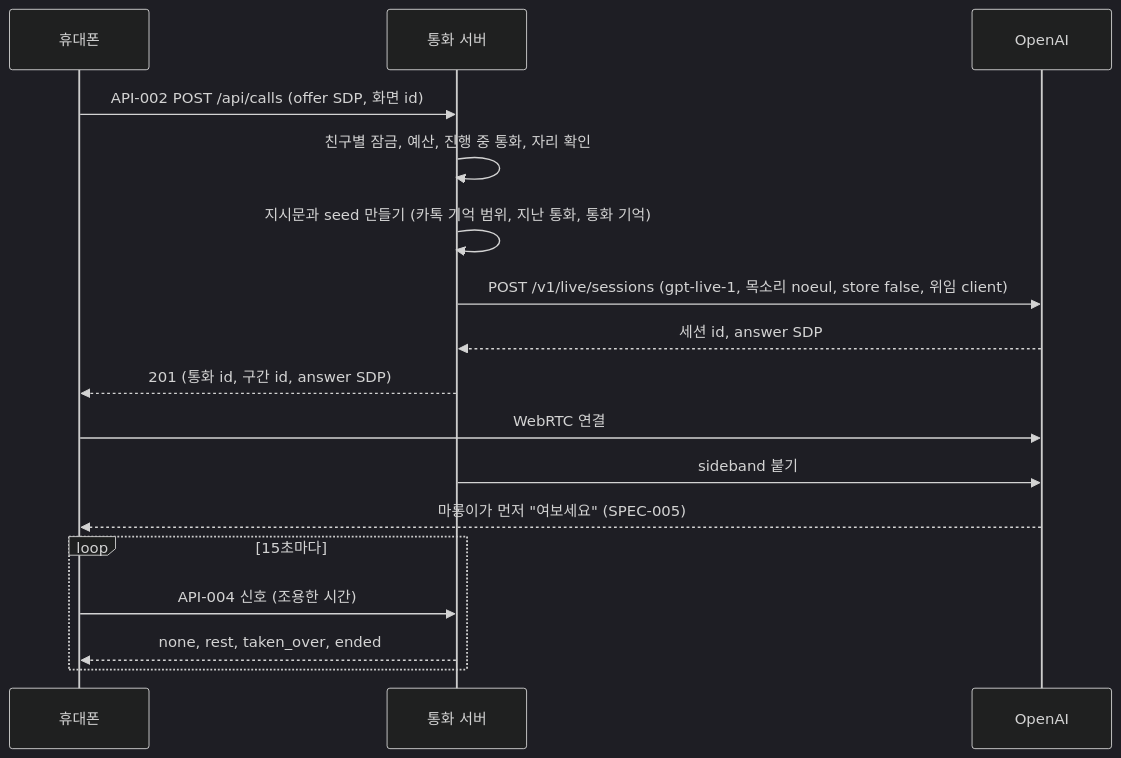
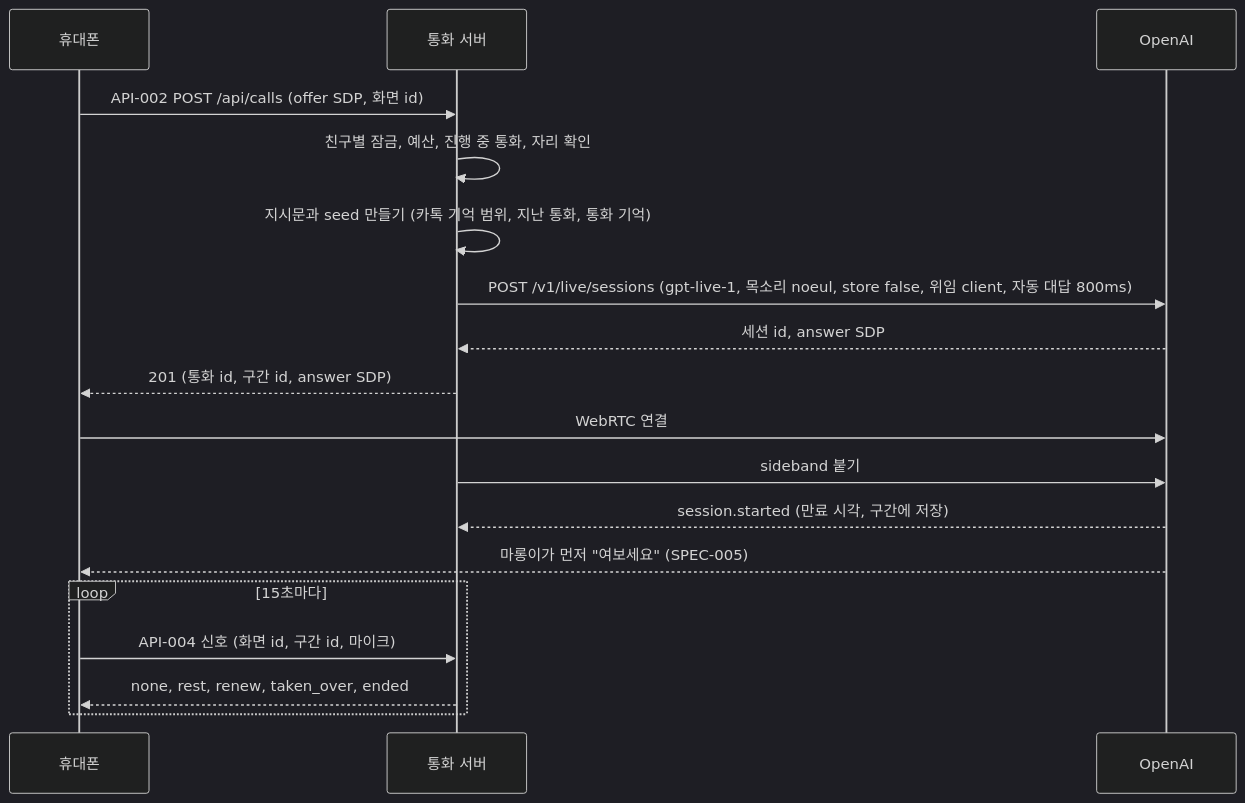
The second of 3 diagrams in docs/call-design.md (kodonghui/marong2), drawn with Mermaid (dark theme) before and after one commit. The commit also changed other lines of this file and 22 other files, not shown here.

````diff
--- a/docs/call-design.md
+++ b/docs/call-design.md
@@ -43,19 +43,20 @@
 ```mermaid
 sequenceDiagram
   participant P as 휴대폰
   participant S as 통화 서버
   participant O as OpenAI
   P->>S: API-002 POST /api/calls (offer SDP, 화면 id)
   S->>S: 친구별 잠금, 예산, 진행 중 통화, 자리 확인
   S->>S: 지시문과 seed 만들기 (카톡 기억 범위, 지난 통화, 통화 기억)
-  S->>O: POST /v1/live/sessions (gpt-live-1, 목소리 noeul, store false, 위임 client)
+  S->>O: POST /v1/live/sessions (gpt-live-1, 목소리 noeul, store false, 위임 client, 자동 대답 800ms)
   O-->>S: 세션 id, answer SDP
   S-->>P: 201 (통화 id, 구간 id, answer SDP)
   P->>O: WebRTC 연결
   S->>O: sideband 붙기
+  O-->>S: session.started (만료 시각, 구간에 저장)
   O-->>P: 마롱이가 먼저 "여보세요" (SPEC-005)
   loop 15초마다
-    P->>S: API-004 신호 (조용한 시간)
-    S-->>P: none, rest, taken_over, ended
+    P->>S: API-004 신호 (화면 id, 구간 id, 마이크)
+    S-->>P: none, rest, renew, taken_over, ended
   end
 ```
````
